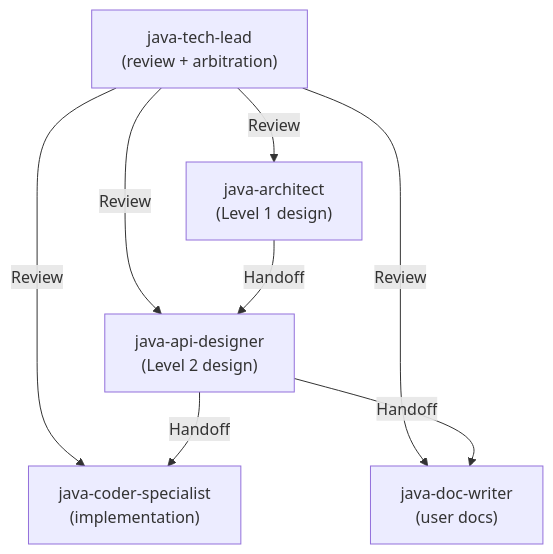
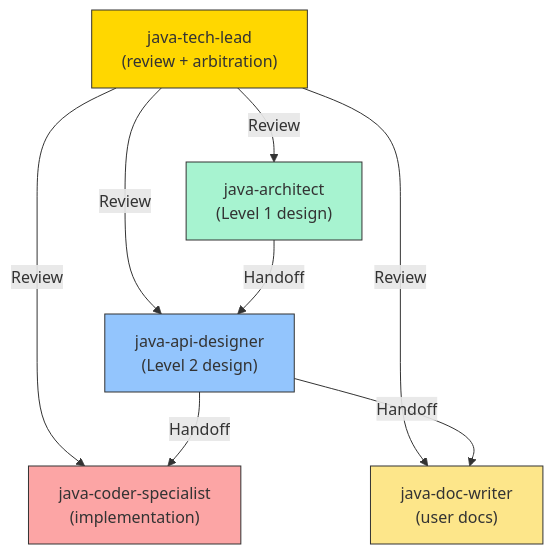
The diagram in agents/java-tech-lead.agent.md (hailingu/llm-prompts), drawn with Mermaid before and after one commit. The commit also changed 1 other file, not shown here.

Commit message:
docs(agent): add role colors and camelCase classes to java-tech-lead Mermaid diagram
Changes:
- Add role-specific colors and normalize class names to camelCase in
   Mermaid diagram
- Update  to reflect the visual and naming improvements

Testing:
- Search for updated class names in the Mermaid blocks and manually preview the diagram

````diff
--- a/agents/java-tech-lead.agent.md
+++ b/agents/java-tech-lead.agent.md
@@ -521,18 +521,31 @@
 ```mermaid
 graph TB
     TechLead["java-tech-lead<br/>(review + arbitration)"]
     
     Architect["java-architect<br/>(Level 1 design)"]
     ApiDesigner["java-api-designer<br/>(Level 2 design)"]
     Coder["java-coder-specialist<br/>(implementation)"]
     DocWriter["java-doc-writer<br/>(user docs)"]
     
     TechLead -->|Review| Architect
     TechLead -->|Review| ApiDesigner
     TechLead -->|Review| Coder
     TechLead -->|Review| DocWriter
     
     Architect -->|Handoff| ApiDesigner
     ApiDesigner -->|Handoff| Coder
     ApiDesigner -->|Handoff| DocWriter
+
+    %% Role-specific styles (camelCase class names)
+    classDef techLead fill:#ffd700,stroke:#333,stroke-width:1px;
+    classDef architect fill:#a7f3d0,stroke:#333,stroke-width:1px;
+    classDef apiDesigner fill:#93c5fd,stroke:#333,stroke-width:1px;
+    classDef coder fill:#fca5a5,stroke:#333,stroke-width:1px;
+    classDef docWriter fill:#fde68a,stroke:#333,stroke-width:1px;
+
+    class TechLead techLead;
+    class Architect architect;
+    class ApiDesigner apiDesigner;
+    class Coder coder;
+    class DocWriter docWriter;
 ```
````
